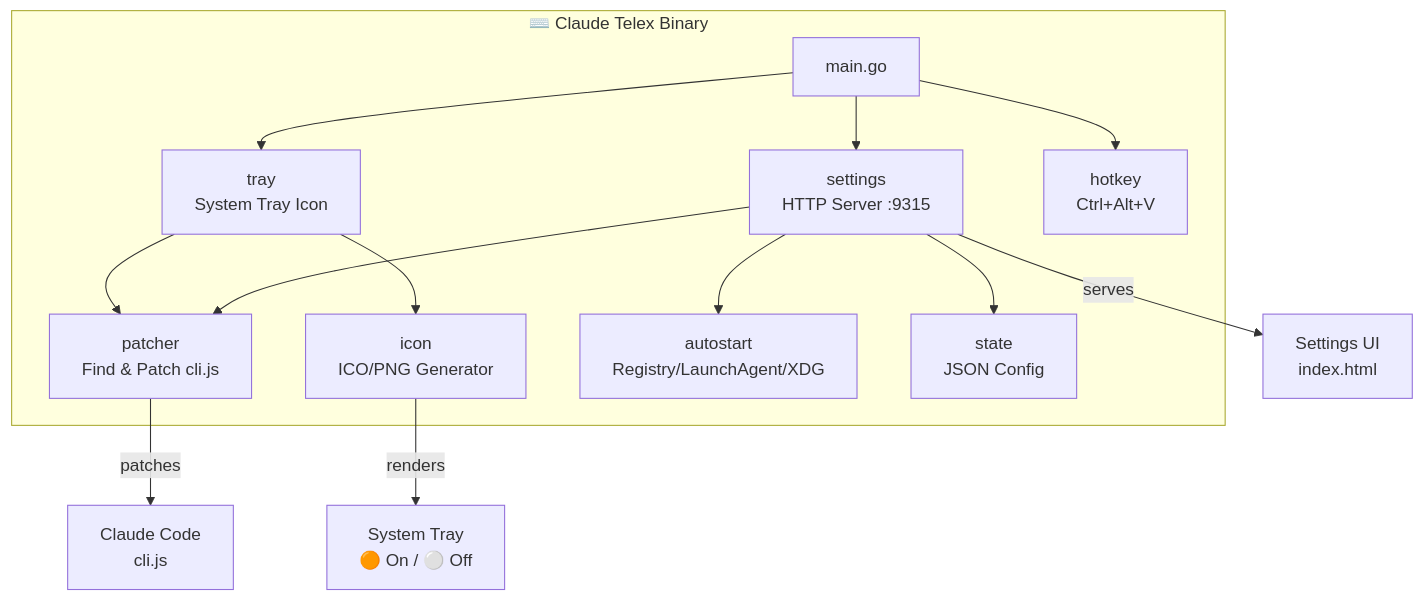
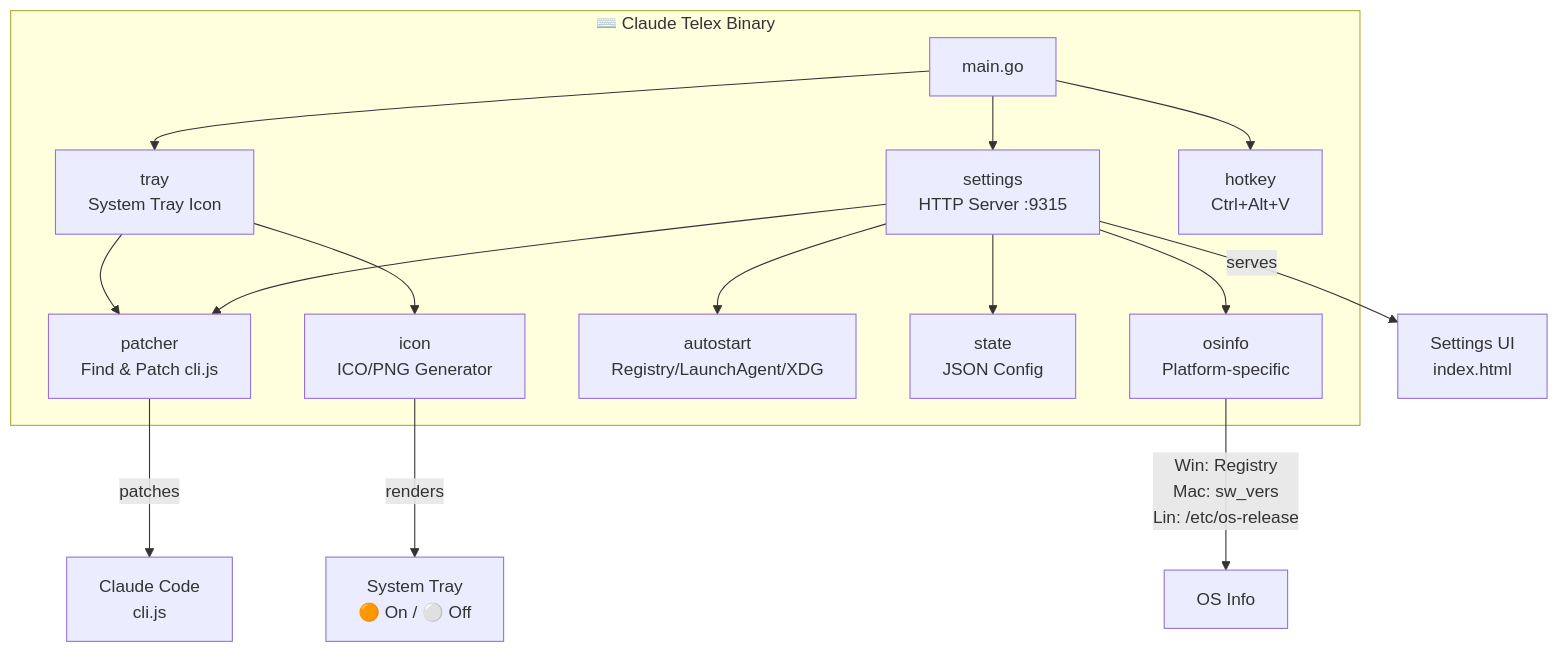
Before and after one commit to nguyenhx2/Claude-Telex: the second of 6 diagrams in README.md, drawn with Mermaid. The commit also changed other lines of this file, not shown here.

````diff
--- a/README.md
+++ b/README.md
@@ -104,18 +124,20 @@
 ```mermaid
 graph TD
     subgraph "⌨️ Claude Telex Binary"
         M[main.go] --> T[tray<br/>System Tray Icon]
         M --> S[settings<br/>HTTP Server :9315]
         M --> HK[hotkey<br/>Ctrl+Alt+V]
         
         T --> P[patcher<br/>Find & Patch cli.js]
         T --> IC[icon<br/>ICO/PNG Generator]
         S --> P
         S --> AS[autostart<br/>Registry/LaunchAgent/XDG]
         S --> ST[state<br/>JSON Config]
+        S --> OI[osinfo<br/>Platform-specific]
     end
     
     S --> |serves| UI[Settings UI<br/>index.html]
     P --> |patches| CLI[Claude Code<br/>cli.js]
     IC --> |renders| TRAY[System Tray<br/>🟠 On / ⚪ Off]
+    OI --> |Win: Registry<br/>Mac: sw_vers<br/>Lin: /etc/os-release| OS[OS Info]
 ```
````
